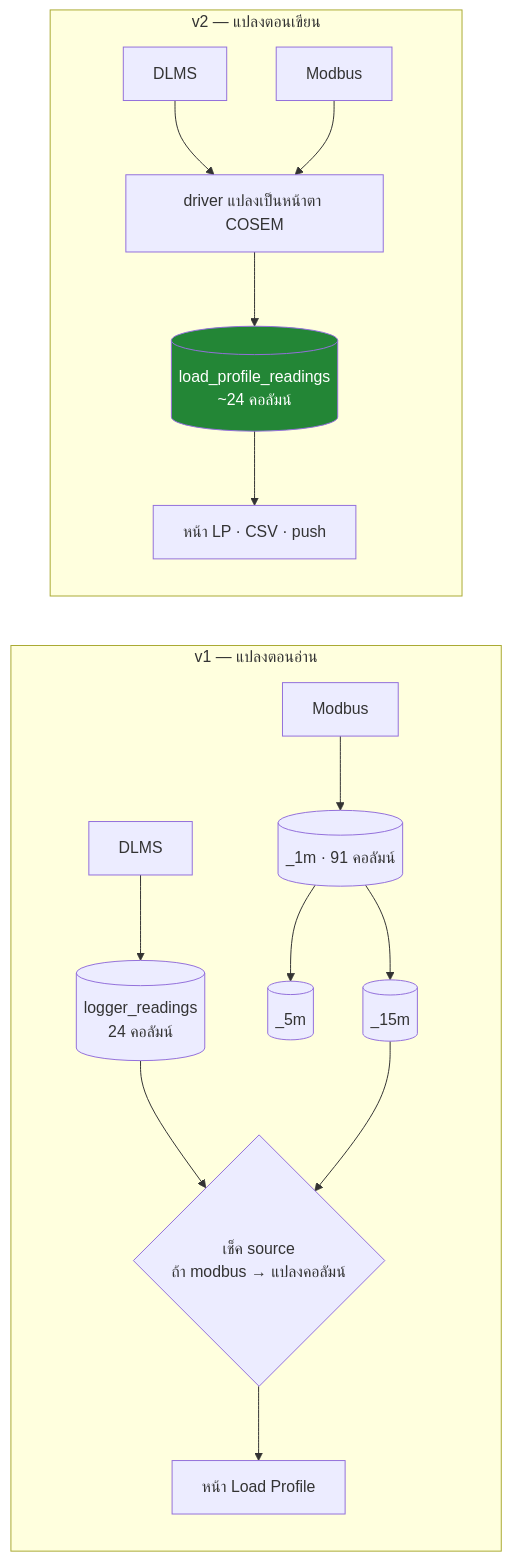
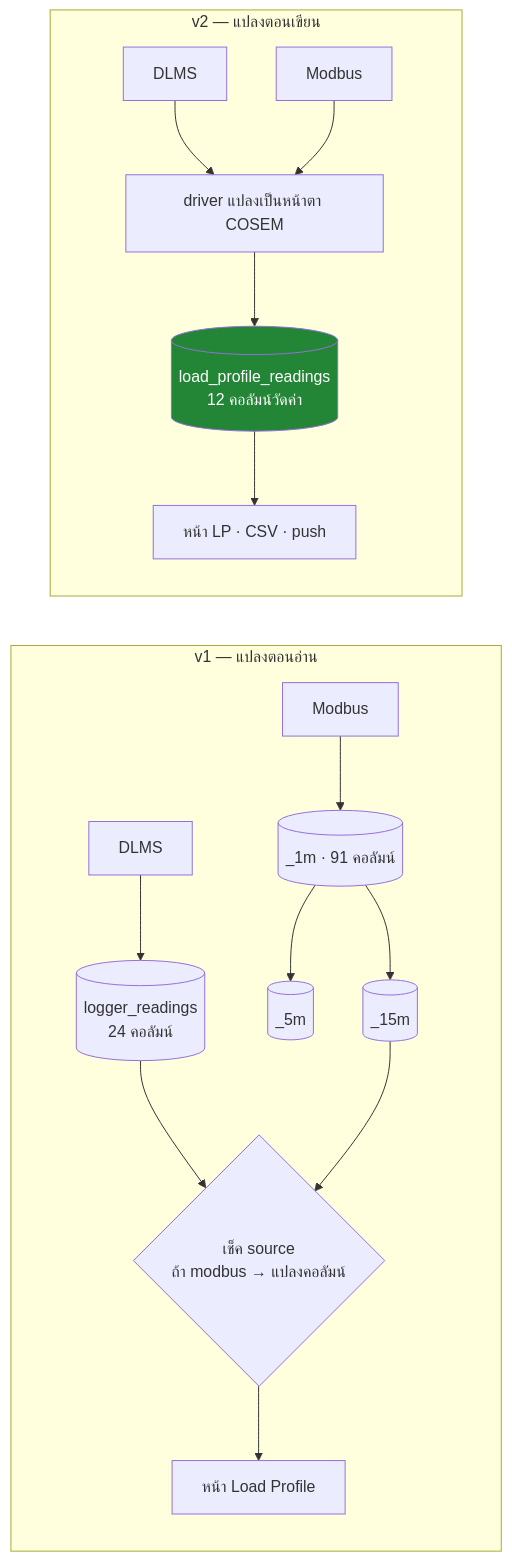
The fourth of 4 diagrams in docs/REMAKE-PLAN.md (sunchanin/arichds-application-v2), drawn with Mermaid before and after one commit. The commit also changed other lines of this file and 18 other files, not shown here.

Commit message:
feat: Read now stores the load profile as Interval Readings (#15)

````diff
--- a/docs/REMAKE-PLAN.md
+++ b/docs/REMAKE-PLAN.md
@@ -635,21 +637,21 @@
 ```mermaid
 flowchart LR
     subgraph V1["v1 — แปลงตอนอ่าน"]
         direction TB
         A1["DLMS"] --> B1[("logger_readings<br/>24 คอลัมน์")]
         A2["Modbus"] --> B2[("_1m · 91 คอลัมน์")]
         B2 --> B3[("_5m")]
         B2 --> B4[("_15m")]
         B1 --> C1{"เช็ค source<br/>ถ้า modbus → แปลงคอลัมน์"}
         B4 --> C1
         C1 --> D1["หน้า Load Profile"]
     end
     subgraph V2["v2 — แปลงตอนเขียน"]
         direction TB
         E1["DLMS"] --> X["driver แปลงเป็นหน้าตา COSEM"]
         E2["Modbus"] --> X
-        X --> F[("load_profile_readings<br/>~24 คอลัมน์")]
+        X --> F[("load_profile_readings<br/>12 คอลัมน์วัดค่า")]
         F --> G["หน้า LP · CSV · push"]
     end
     style F fill:#238636,color:#fff
 ```
````
